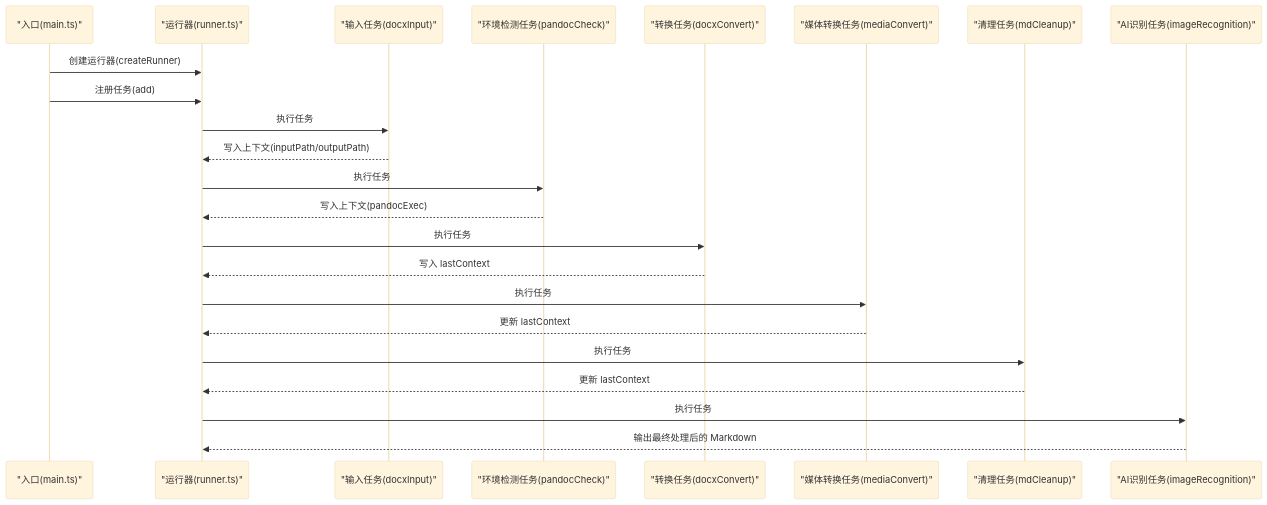
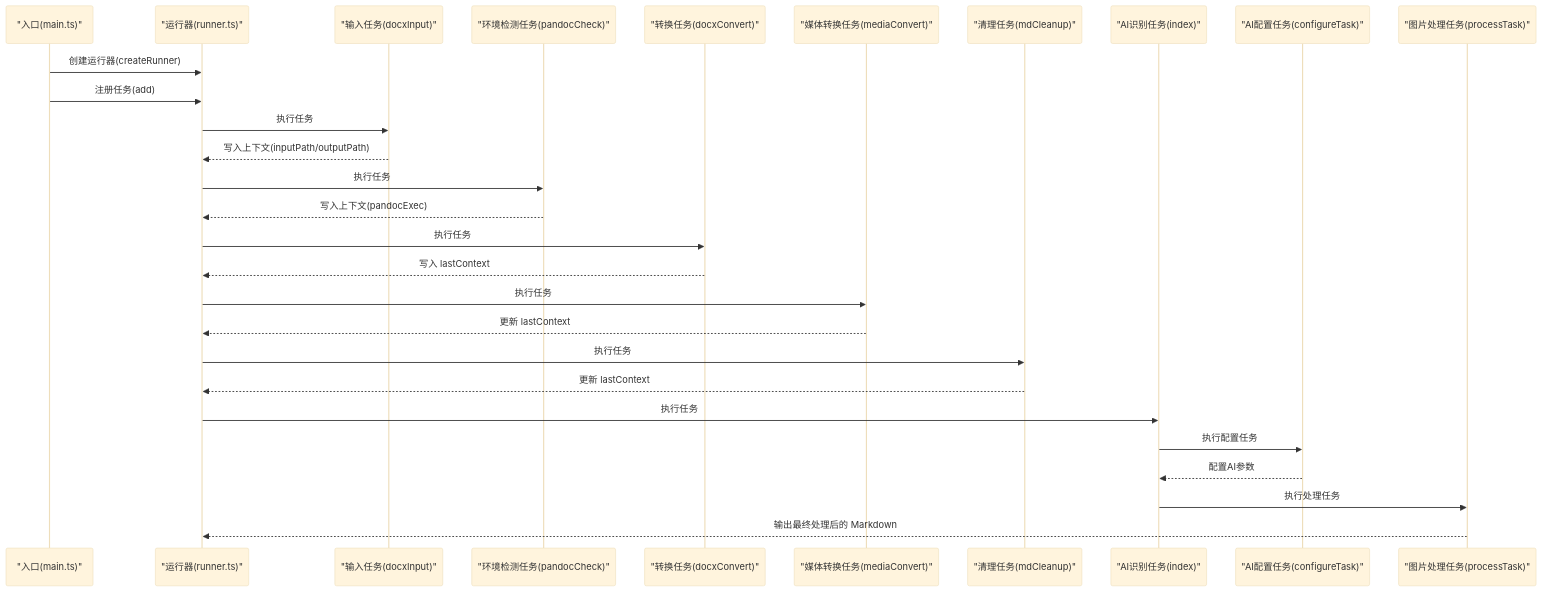
The second of 4 diagrams in .qoder/repowiki/zh/content/核心架构设计/任务系统架构.md (hllshiro/doc2md-cli), drawn with Mermaid (base theme) before and after one commit. The commit also changed other lines of this file and 2 other files, not shown here.

First line of the commit message:
refactor(imageRecognition): 重构AI图像识别任务为模块化架构

````diff
--- a/.qoder/repowiki/zh/content/核心架构设计/任务系统架构.md
+++ b/.qoder/repowiki/zh/content/核心架构设计/任务系统架构.md
@@ -111,25 +125,30 @@
 ```mermaid
 sequenceDiagram
 participant Entry as "入口(main.ts)"
 participant Runner as "运行器(runner.ts)"
 participant T1 as "输入任务(docxInput)"
 participant T2 as "环境检测任务(pandocCheck)"
 participant T3 as "转换任务(docxConvert)"
 participant T4 as "媒体转换任务(mediaConvert)"
 participant T5 as "清理任务(mdCleanup)"
-participant T6 as "AI识别任务(imageRecognition)"
+participant T6 as "AI识别任务(index)"
+participant T6a as "AI配置任务(configureTask)"
+participant T6b as "图片处理任务(processTask)"
 Entry->>Runner : 创建运行器(createRunner)
 Entry->>Runner : 注册任务(add)
 Runner->>T1 : 执行任务
 T1-->>Runner : 写入上下文(inputPath/outputPath)
 Runner->>T2 : 执行任务
 T2-->>Runner : 写入上下文(pandocExec)
 Runner->>T3 : 执行任务
 T3-->>Runner : 写入 lastContext
 Runner->>T4 : 执行任务
 T4-->>Runner : 更新 lastContext
 Runner->>T5 : 执行任务
 T5-->>Runner : 更新 lastContext
 Runner->>T6 : 执行任务
-T6-->>Runner : 输出最终处理后的 Markdown
+T6->>T6a : 执行配置任务
+T6a-->>T6 : 配置AI参数
+T6->>T6b : 执行处理任务
+T6b-->>Runner : 输出最终处理后的 Markdown
 ```
````
